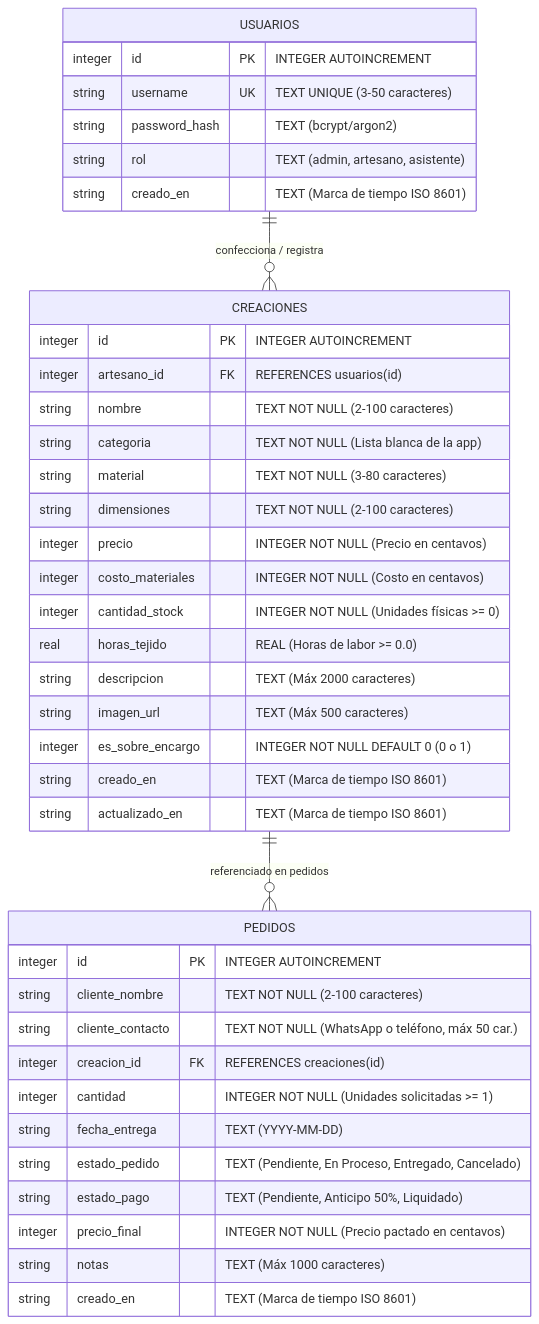
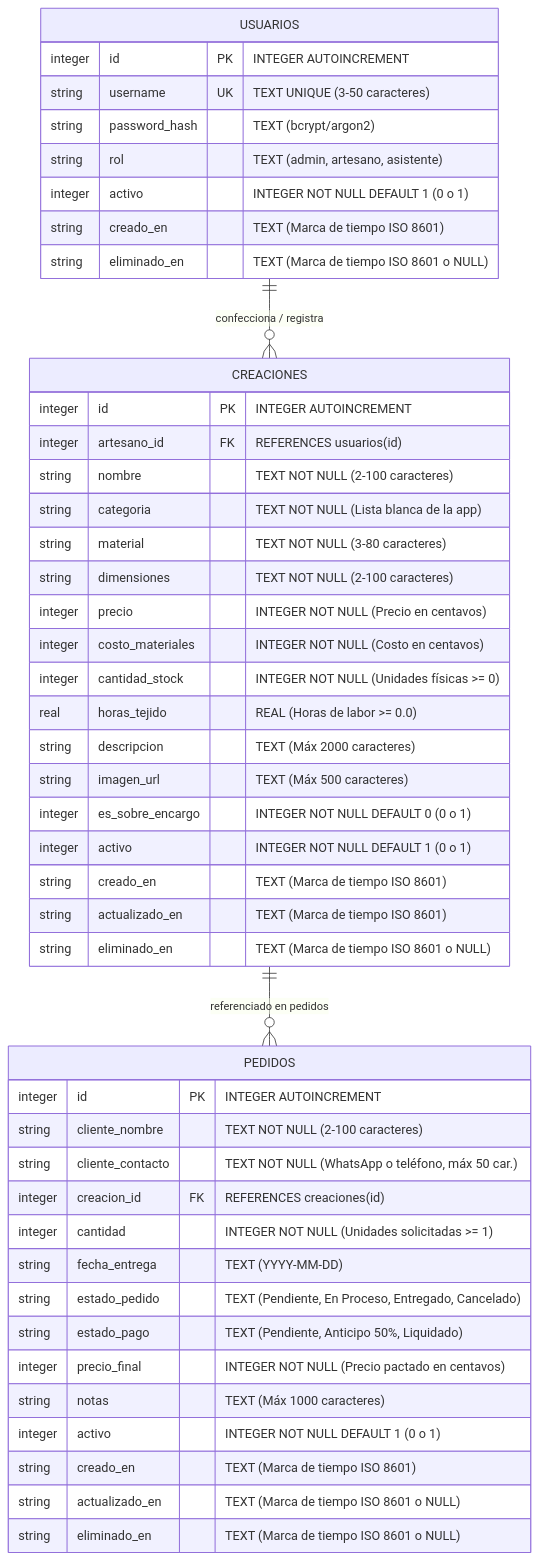
The diagram in docs/data-model.es.md (AngelKero/amigurumi-manager), drawn with Mermaid before and after one commit. The commit also changed other lines of this file and 22 other files, not shown here.

Commit message:
feat: implement soft deletes in database schema and add user password change, deletion, and reactivation endpoints

````diff
--- a/docs/data-model.es.md
+++ b/docs/data-model.es.md
@@ -18,45 +18,52 @@
 ```mermaid
 erDiagram
     USUARIOS {
         integer id PK "INTEGER AUTOINCREMENT"
         string username UK "TEXT UNIQUE (3-50 caracteres)"
         string password_hash "TEXT (bcrypt/argon2)"
         string rol "TEXT (admin, artesano, asistente)"
+        integer activo "INTEGER NOT NULL DEFAULT 1 (0 o 1)"
         string creado_en "TEXT (Marca de tiempo ISO 8601)"
+        string eliminado_en "TEXT (Marca de tiempo ISO 8601 o NULL)"
     }
 
     CREACIONES {
         integer id PK "INTEGER AUTOINCREMENT"
         integer artesano_id FK "REFERENCES usuarios(id)"
         string nombre "TEXT NOT NULL (2-100 caracteres)"
         string categoria "TEXT NOT NULL (Lista blanca de la app)"
         string material "TEXT NOT NULL (3-80 caracteres)"
         string dimensiones "TEXT NOT NULL (2-100 caracteres)"
         integer precio "INTEGER NOT NULL (Precio en centavos)"
         integer costo_materiales "INTEGER NOT NULL (Costo en centavos)"
         integer cantidad_stock "INTEGER NOT NULL (Unidades físicas >= 0)"
         real horas_tejido "REAL (Horas de labor >= 0.0)"
         string descripcion "TEXT (Máx 2000 caracteres)"
         string imagen_url "TEXT (Máx 500 caracteres)"
         integer es_sobre_encargo "INTEGER NOT NULL DEFAULT 0 (0 o 1)"
+        integer activo "INTEGER NOT NULL DEFAULT 1 (0 o 1)"
         string creado_en "TEXT (Marca de tiempo ISO 8601)"
         string actualizado_en "TEXT (Marca de tiempo ISO 8601)"
+        string eliminado_en "TEXT (Marca de tiempo ISO 8601 o NULL)"
     }
 
     PEDIDOS {
         integer id PK "INTEGER AUTOINCREMENT"
         string cliente_nombre "TEXT NOT NULL (2-100 caracteres)"
         string cliente_contacto "TEXT NOT NULL (WhatsApp o teléfono, máx 50 car.)"
         integer creacion_id FK "REFERENCES creaciones(id)"
         integer cantidad "INTEGER NOT NULL (Unidades solicitadas >= 1)"
         string fecha_entrega "TEXT (YYYY-MM-DD)"
         string estado_pedido "TEXT (Pendiente, En Proceso, Entregado, Cancelado)"
         string estado_pago "TEXT (Pendiente, Anticipo 50%, Liquidado)"
         integer precio_final "INTEGER NOT NULL (Precio pactado en centavos)"
         string notas "TEXT (Máx 1000 caracteres)"
+        integer activo "INTEGER NOT NULL DEFAULT 1 (0 o 1)"
         string creado_en "TEXT (Marca de tiempo ISO 8601)"
+        string actualizado_en "TEXT (Marca de tiempo ISO 8601 o NULL)"
+        string eliminado_en "TEXT (Marca de tiempo ISO 8601 o NULL)"
     }
 
     USUARIOS ||--o{ CREACIONES : "confecciona / registra"
     CREACIONES ||--o{ PEDIDOS : "referenciado en pedidos"
 ```
````
